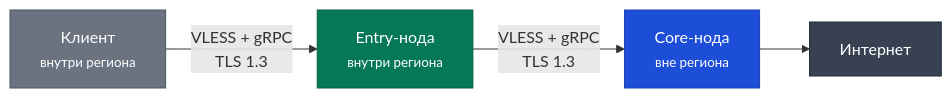
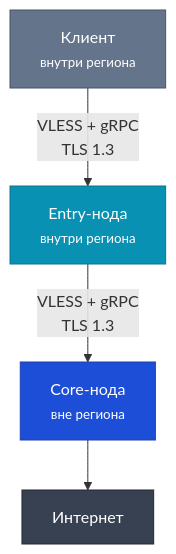
Before and after one commit to SigilGate/SigilGate.github.io: the second of 5 diagrams in content/docs/_index.md, drawn with Mermaid. The commit also changed other lines of this file and 3 other files, not shown here.

First line of the commit message:
Обновить документацию: цветовая схема, плоская структура файлов

```diff
--- a/content/docs/_index.md
+++ b/content/docs/_index.md
@@ -82,16 +71,16 @@
 {{< mermaid >}}
-graph LR
+graph TD
     Client["Клиент<br/><small>внутри региона</small>"]
     Entry["Entry-нода<br/><small>внутри региона</small>"]
     Core["Core-нода<br/><small>вне региона</small>"]
     Internet["Интернет"]
 
     Client -->|"VLESS + gRPC<br/>TLS 1.3"| Entry
     Entry -->|"VLESS + gRPC<br/>TLS 1.3"| Core
     Core --> Internet
 
-    style Client fill:#6b7280,color:#fff,stroke:#4b5563
-    style Entry fill:#047857,color:#fff,stroke:#065f46
+    style Client fill:#64748b,color:#fff,stroke:#475569
+    style Entry fill:#0891b2,color:#fff,stroke:#0e7490
     style Core fill:#1d4ed8,color:#fff,stroke:#1e40af
     style Internet fill:#374151,color:#fff,stroke:#1f2937
 {{< /mermaid >}}
```
